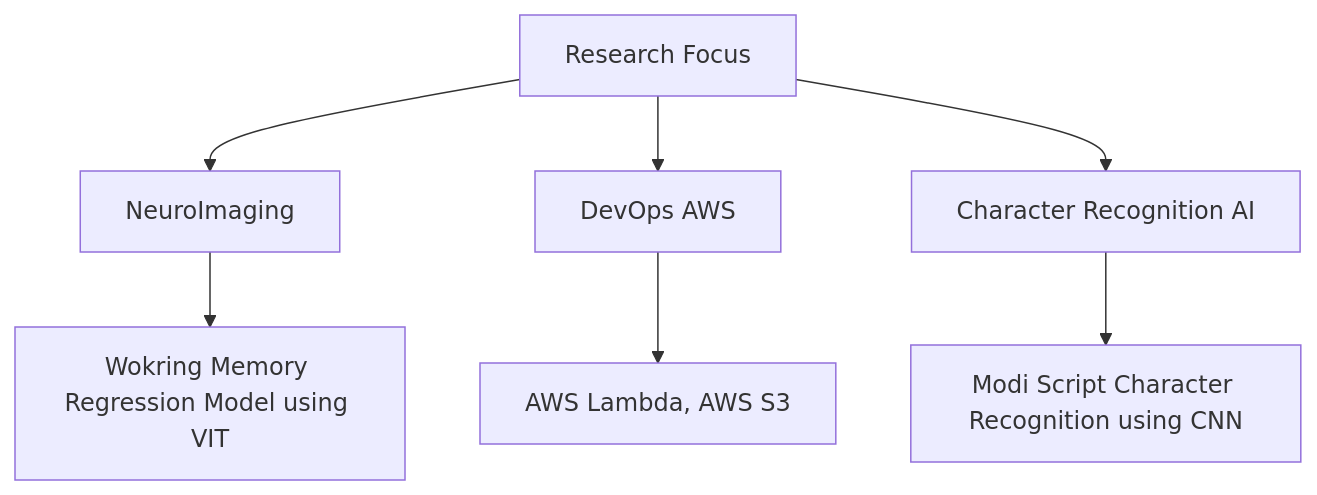
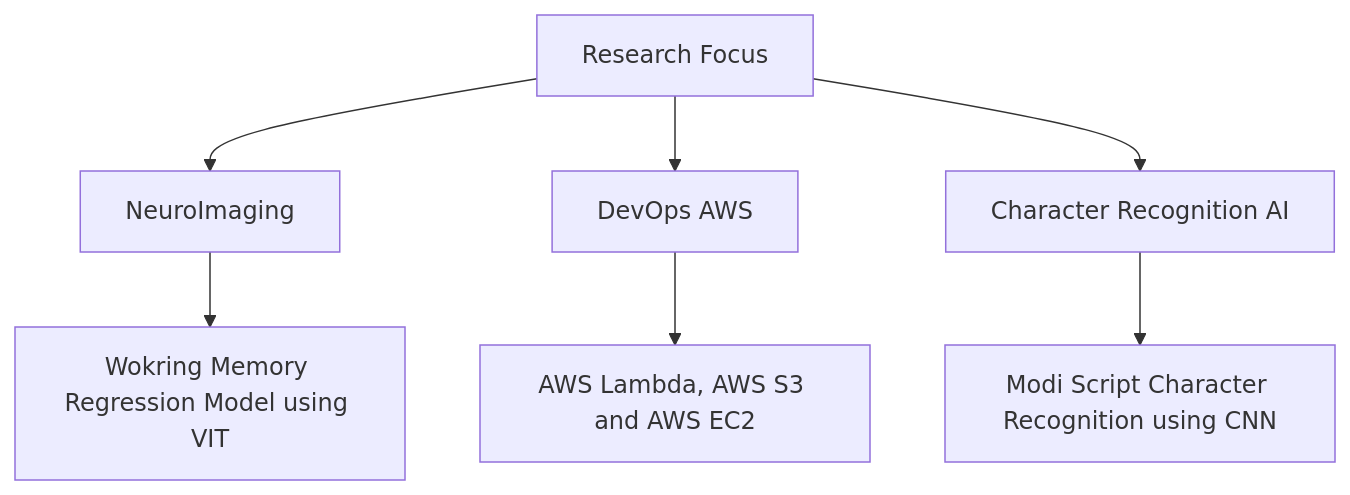
One commit to dsinha12345/dsinha12345 changed the diagram in README.md. Above: the diagram before and after it, drawn with Mermaid.

````diff
--- a/README.md
+++ b/README.md
@@ -57,12 +57,12 @@
 ```mermaid  
 graph TD  
     A[Research Focus] --> B[NeuroImaging]  
     A --> C[DevOps AWS]  
     A --> D[Character Recognition AI]  
 
     B --> E[Wokring Memory Regression Model using VIT]  
-    C --> F[AWS Lambda, AWS S3]   
+    C --> F[AWS Lambda, AWS S3 and AWS EC2]   
     D --> G[Modi Script Character Recognition using CNN]  
 
 
 ```
````
